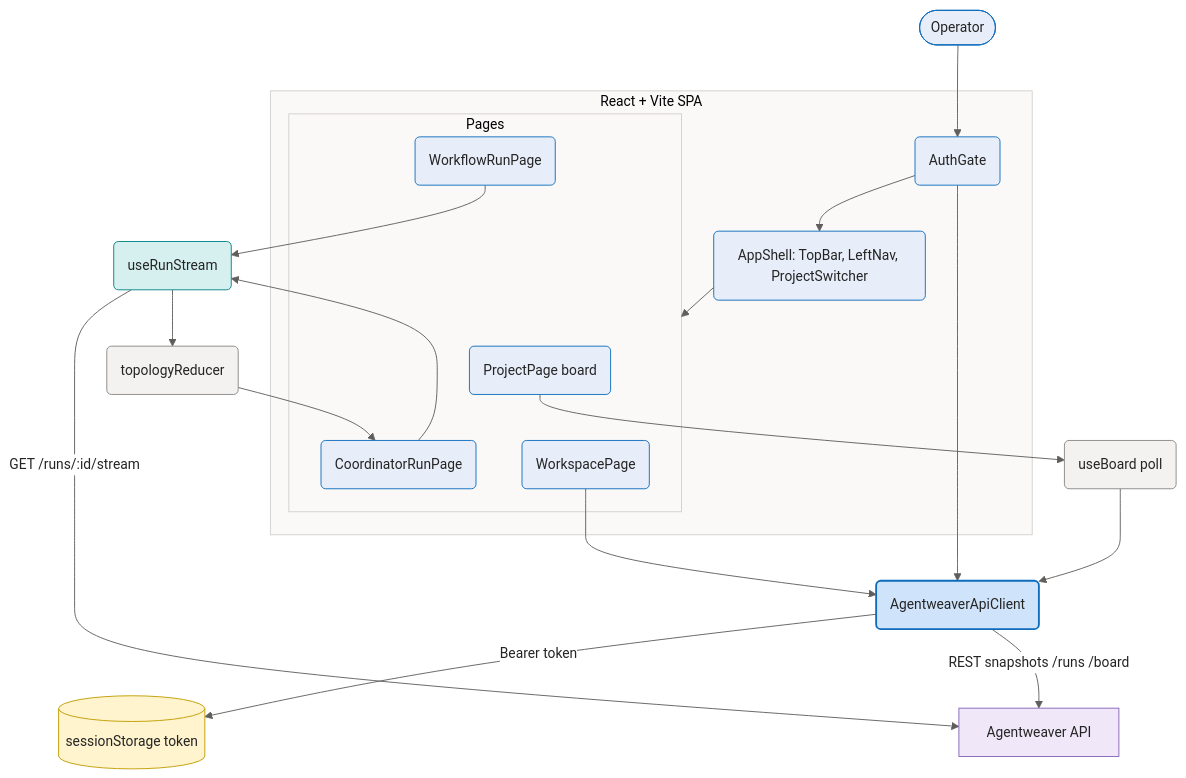
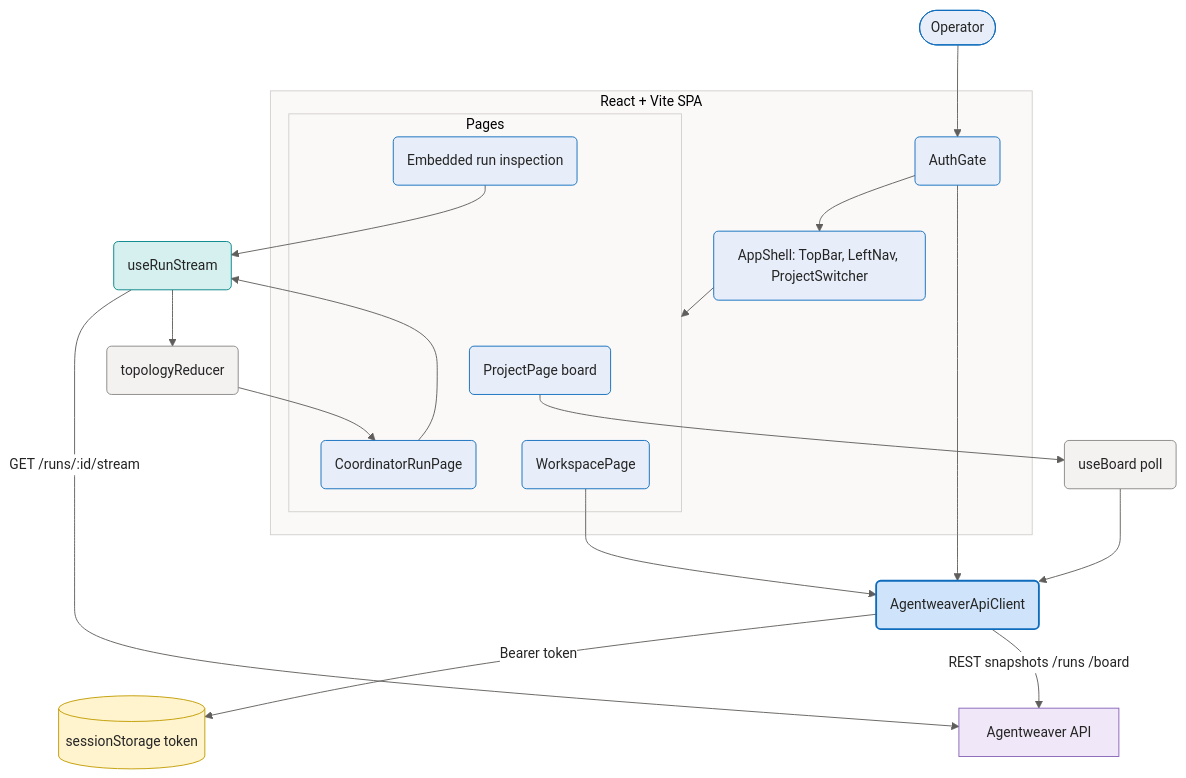
The first of 7 diagrams in docs/deep-dive/frontend.md (sabbour/agentweaver), drawn with Mermaid before and after one commit. The commit also changed other lines of this file and 177 other files, not shown here.

````diff
--- a/docs/deep-dive/frontend.md
+++ b/docs/deep-dive/frontend.md
@@ -22,53 +22,53 @@
 ```mermaid
 %%{init: {'theme':'base','themeVariables':{'fontFamily':'Segoe UI, system-ui, -apple-system, sans-serif','fontSize':'15px','primaryColor':'#E8EEF9','primaryBorderColor':'#0F6CBD','primaryTextColor':'#242424','lineColor':'#605E5C','clusterBkg':'#FAF9F8','clusterBorder':'#D2D0CE','edgeLabelBackground':'#FFFFFF'}}}%%
 flowchart TB
     User(["Operator"])
 
     subgraph SPA["React + Vite SPA"]
       Gate("AuthGate")
       Shell("AppShell: TopBar, LeftNav, ProjectSwitcher")
       subgraph Pages["Pages"]
         Board("ProjectPage board")
-        RunPg("WorkflowRunPage")
+        Inspect("Embedded run inspection")
         Coord("CoordinatorRunPage")
         Work("WorkspacePage")
       end
     end
 
     Api("AgentweaverApiClient")
     UseBoard("useBoard poll")
     Stream("useRunStream")
     Reducer("topologyReducer")
     Token[("sessionStorage token")]
     Backend["Agentweaver API"]
 
     User --> Gate
     Gate --> Shell
     Shell --> Pages
     Gate --> Api
     Board --> UseBoard
     Work --> Api
-    RunPg --> Stream
+    Inspect --> Stream
     Coord --> Stream
     UseBoard --> Api
     Api -->|"Bearer token"| Token
     Api -->|"REST snapshots /runs /board"| Backend
     Stream -->|"GET /runs/:id/stream"| Backend
     Stream --> Reducer
     Reducer --> Coord
 
     classDef client fill:#E8EEF9,stroke:#0F6CBD,stroke-width:1px,color:#242424;
     classDef svc fill:#F3F2F1,stroke:#8A8886,stroke-width:1px,color:#242424;
     classDef core fill:#CFE4FA,stroke:#0F6CBD,stroke-width:2px,color:#242424;
     classDef data fill:#FFF4CE,stroke:#C19C00,stroke-width:1px,color:#242424;
     classDef ext fill:#F0E8F8,stroke:#8764B8,stroke-width:1px,color:#242424;
     classDef runtime fill:#DDF3DD,stroke:#107C10,stroke-width:1px,color:#242424;
     classDef evt fill:#D6F0F0,stroke:#038387,stroke-width:1px,color:#242424;
 
-    class User,Gate,Shell,Board,RunPg,Coord,Work client;
+    class User,Gate,Shell,Board,Inspect,Coord,Work client;
     class UseBoard,Reducer svc;
     class Api core;
     class Stream evt;
     class Token data;
     class Backend ext;
 ```
````
